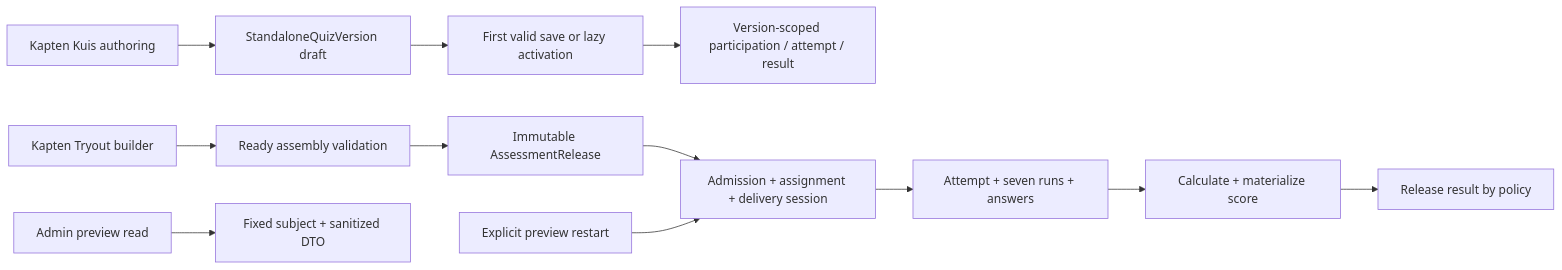
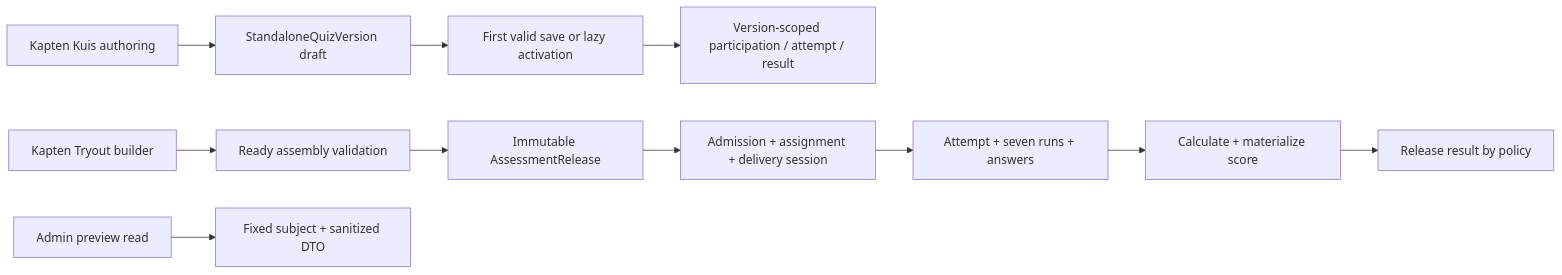
Before and after one commit to crlnravel/vecalss-app: the diagram in docs/wiki/assessment-lifecycle.md, drawn with Mermaid. The commit also changed other lines of this file and 14 other files, not shown here.

First line of the commit message:
refactor(admin): remove the student-preview Tryout restart

````diff
--- a/docs/wiki/assessment-lifecycle.md
+++ b/docs/wiki/assessment-lifecycle.md
@@ -9,16 +9,15 @@
 ```mermaid
 flowchart LR
     KuisAuthor[Kapten Kuis authoring] --> KuisDraft[StandaloneQuizVersion draft]
     KuisDraft --> KuisActive[First valid save or lazy activation]
     KuisActive --> KuisLearner[Version-scoped participation / attempt / result]
 
     TryoutAuthor[Kapten Tryout builder] --> Assembly[Ready assembly validation]
     Assembly --> Release[Immutable AssessmentRelease]
     Release --> Delivery[Admission + assignment + delivery session]
     Delivery --> Attempt[Attempt + seven runs + answers]
     Attempt --> Score[Calculate + materialize score]
     Score --> Result[Release result by policy]
 
     PreviewRead[Admin preview read] --> PreviewDTO[Fixed subject + sanitized DTO]
-    PreviewRestart[Explicit preview restart] --> Delivery
 ```
````
